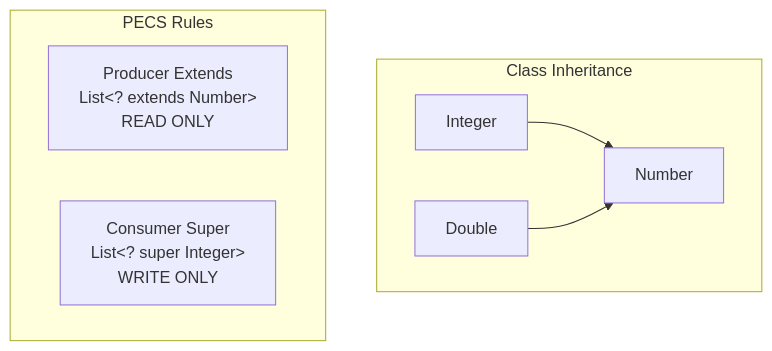
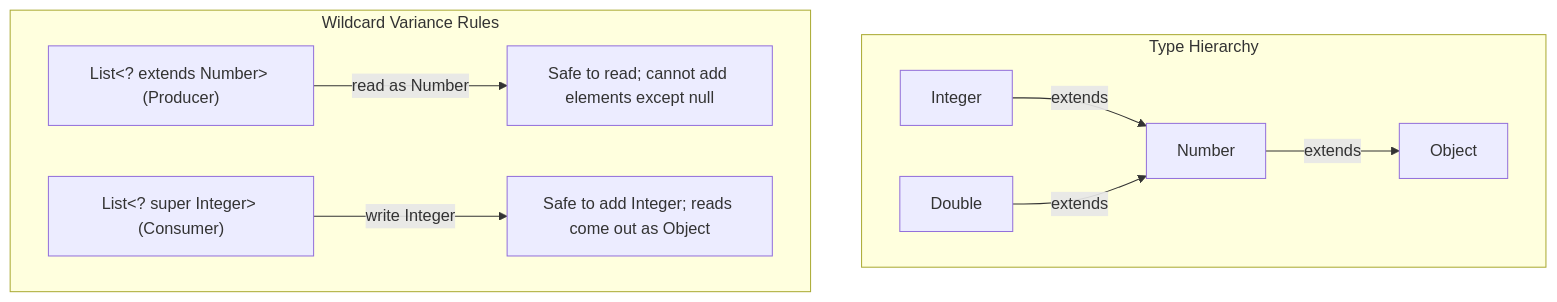
One commit to ravishankar2463/java_hub changed the second of 2 diagrams in content/roadmap/level-3/generics.md. Above: the diagram before and after it, drawn with Mermaid. The commit also changed other lines of this file and 119 other files, not shown here.

Commit message:
feat: add comprehensive java learning roadmap content across multiple levels

````diff
--- a/content/roadmap/level-3/generics.md
+++ b/content/roadmap/level-3/generics.md
@@ -180,15 +330,17 @@
 ```mermaid
 flowchart TD
-    subgraph Hierarchy ["Class Inheritance"]
-        NumberClass["Number"]
-        IntClass["Integer"]
-        DoubleClass["Double"]
-        IntClass --> NumberClass
-        DoubleClass --> NumberClass
+    subgraph Hierarchy["Type Hierarchy"]
+        obj["Object"]
+        num["Number"]
+        integer["Integer"]
+        dbl["Double"]
+        integer -->|"extends"| num
+        dbl -->|"extends"| num
+        num -->|"extends"| obj
     end
 
-    subgraph WildcardRules ["PECS Rules"]
-        Producer["Producer Extends<br/>List&lt;? extends Number&gt;<br/>READ ONLY"]
-        Consumer["Consumer Super<br/>List&lt;? super Integer&gt;<br/>WRITE ONLY"]
+    subgraph Wildcards["Wildcard Variance Rules"]
+        ext["List&lt;? extends Number&gt; (Producer)"] -->|"read as Number"| readOk["Safe to read; cannot add elements except null"]
+        sup["List&lt;? super Integer&gt; (Consumer)"] -->|"write Integer"| writeOk["Safe to add Integer; reads come out as Object"]
     end
 ```
````
